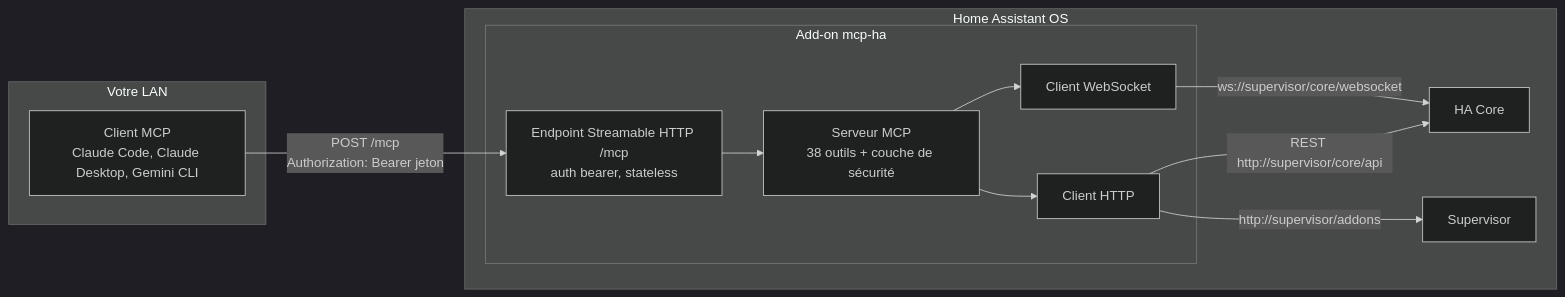
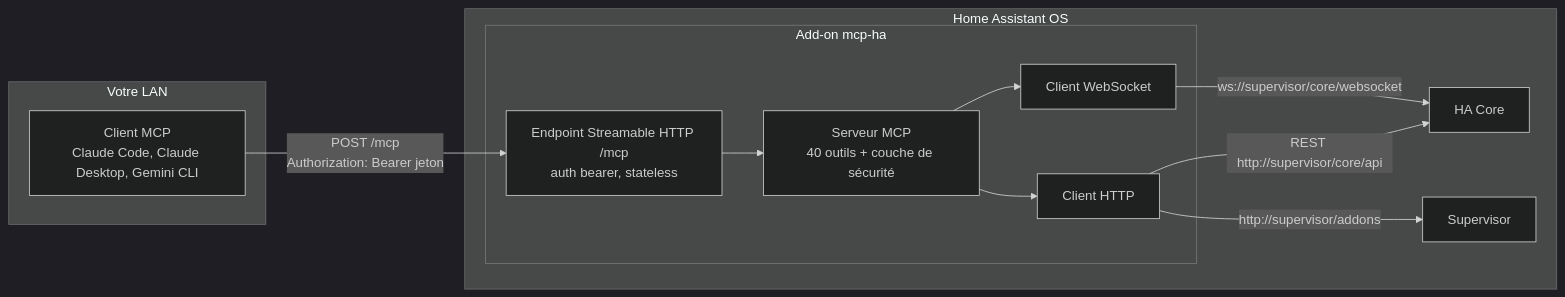
One commit to Devitek/mcp-ha changed the first of 3 diagrams in docs/fr/reference/architecture.md. Above: the diagram before and after it, drawn with Mermaid (dark theme). The commit also changed 21 other files, not shown here.

````diff
--- a/docs/fr/reference/architecture.md
+++ b/docs/fr/reference/architecture.md
@@ -7,23 +7,23 @@
 ```mermaid
 flowchart LR
   subgraph lan["Votre LAN"]
     C["Client MCP<br/>Claude Code, Claude Desktop, Gemini CLI"]
   end
   subgraph haos["Home Assistant OS"]
     subgraph addon["Add-on mcp-ha"]
       T["Endpoint Streamable HTTP /mcp<br/>auth bearer, stateless"]
-      S["Serveur MCP<br/>38 outils + couche de sécurité"]
+      S["Serveur MCP<br/>40 outils + couche de sécurité"]
       W["Client WebSocket"]
       H["Client HTTP"]
       T --> S
       S --> W
       S --> H
     end
     CORE["HA Core"]
     SUP["Supervisor"]
     W -->|"ws://supervisor/core/websocket"| CORE
     H -->|"REST http://supervisor/core/api"| CORE
     H -->|"http://supervisor/addons"| SUP
   end
   C -->|"POST /mcp<br/>Authorization: Bearer jeton"| T
 ```
````
